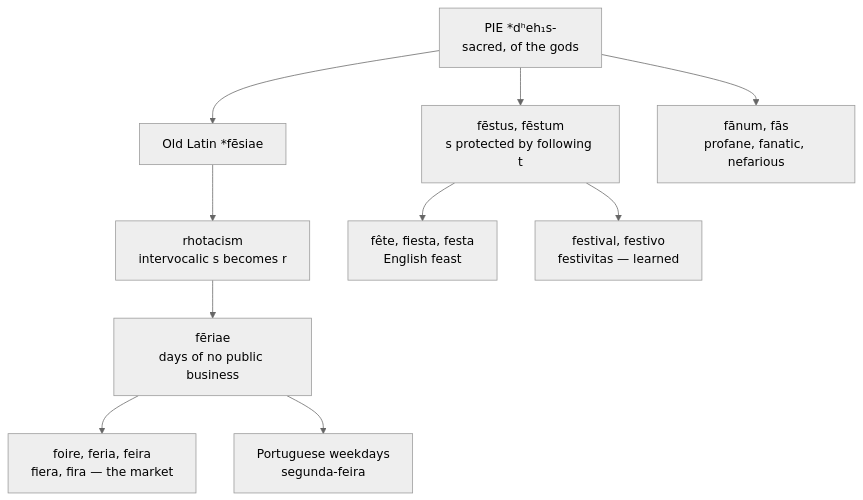
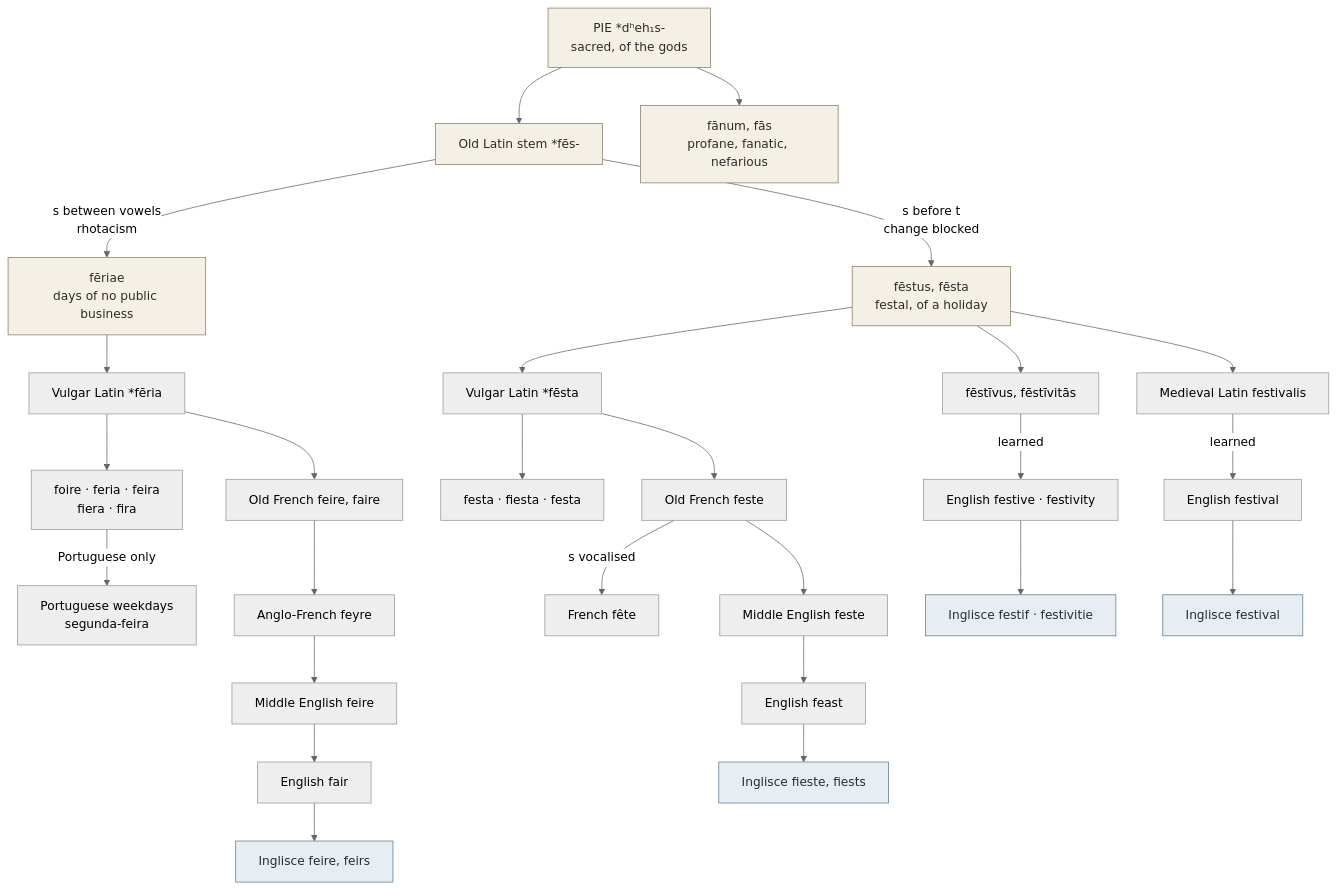
The diagram in data-text/inglisce/etymology/comparisons/f/fair-feast.md (dionys93/ety-dictionary), drawn with Mermaid (neutral theme) before and after one commit.

````diff
--- a/data-text/inglisce/etymology/comparisons/f/fair-feast.md
+++ b/data-text/inglisce/etymology/comparisons/f/fair-feast.md
@@ -48,24 +48,59 @@
 ```mermaid
 flowchart TD
     PIE["PIE *dʰeh₁s-<br/>sacred, of the gods"]
-    OL["Old Latin *fēsiae"]
-    RHOT["rhotacism<br/>intervocalic s becomes r"]
-    FER["fēriae<br/>days of no public business"]
-    FEST["fēstus, fēstum<br/>s protected by following t"]
+    STEM["Old Latin stem *fēs-"]
     FAN["fānum, fās<br/>profane, fanatic, nefarious"]
 
-    MARKET["foire, feria, feira<br/>fiera, fira — the market"]
+    FER["fēriae<br/>days of no public business"]
+    FEST["fēstus, fēsta<br/>festal, of a holiday"]
+
+    VLR["Vulgar Latin *fēria"]
+    ROM1["foire · feria · feira<br/>fiera · fira"]
     WEEK["Portuguese weekdays<br/>segunda-feira"]
-    FESTA["fête, fiesta, festa<br/>English feast"]
-    LEARN["festival, festivo<br/>festivitas — learned"]
+    OFR["Old French feire, faire"]
+    AFR["Anglo-French feyre"]
+    MIR["Middle English feire"]
+    ENR["English fair"]
+    INR["Inglisce feire, feirs"]
 
-    PIE --> OL
-    OL --> RHOT
-    RHOT --> FER
-    PIE --> FEST
+    VLS["Vulgar Latin *fēsta"]
+    ROM2["festa · fiesta · festa"]
+    OFS["Old French feste"]
+    FRS["French fête"]
+    MIS["Middle English feste"]
+    ENS["English feast"]
+    INS["Inglisce fieste, fiests"]
+
+    LIV["fēstīvus, fēstīvitās"]
+    MLA["Medieval Latin festivalis"]
+    ENL["English festive · festivity"]
+    ENA["English festival"]
+    INL["Inglisce festif · festivitie"]
+    INA["Inglisce festival"]
+
+    PIE --> STEM
     PIE --> FAN
-    FER --> MARKET
-    FER --> WEEK
-    FEST --> FESTA
-    FEST --> LEARN
+    STEM -->|"s between vowels<br/>rhotacism"| FER
+    STEM -->|"s before t<br/>change blocked"| FEST
+
+    FER --> VLR
+    VLR --> ROM1
+    ROM1 -->|"Portuguese only"| WEEK
+    VLR --> OFR --> AFR --> MIR --> ENR --> INR
+
+    FEST --> VLS
+    VLS --> ROM2
+    VLS --> OFS
+    OFS -->|"s vocalised"| FRS
+    OFS --> MIS --> ENS --> INS
+
+    FEST --> LIV
+    FEST --> MLA
+    LIV -->|"learned"| ENL --> INL
+    MLA -->|"learned"| ENA --> INA
+
+    classDef source fill:#f4f0e6,stroke:#8a7f66,color:#2b2b2b
+    classDef ing fill:#e6eef4,stroke:#5b7f96,color:#2b2b2b
+    class PIE,STEM,FER,FEST,FAN source
+    class INR,INS,INL,INA ing
 ```
````
